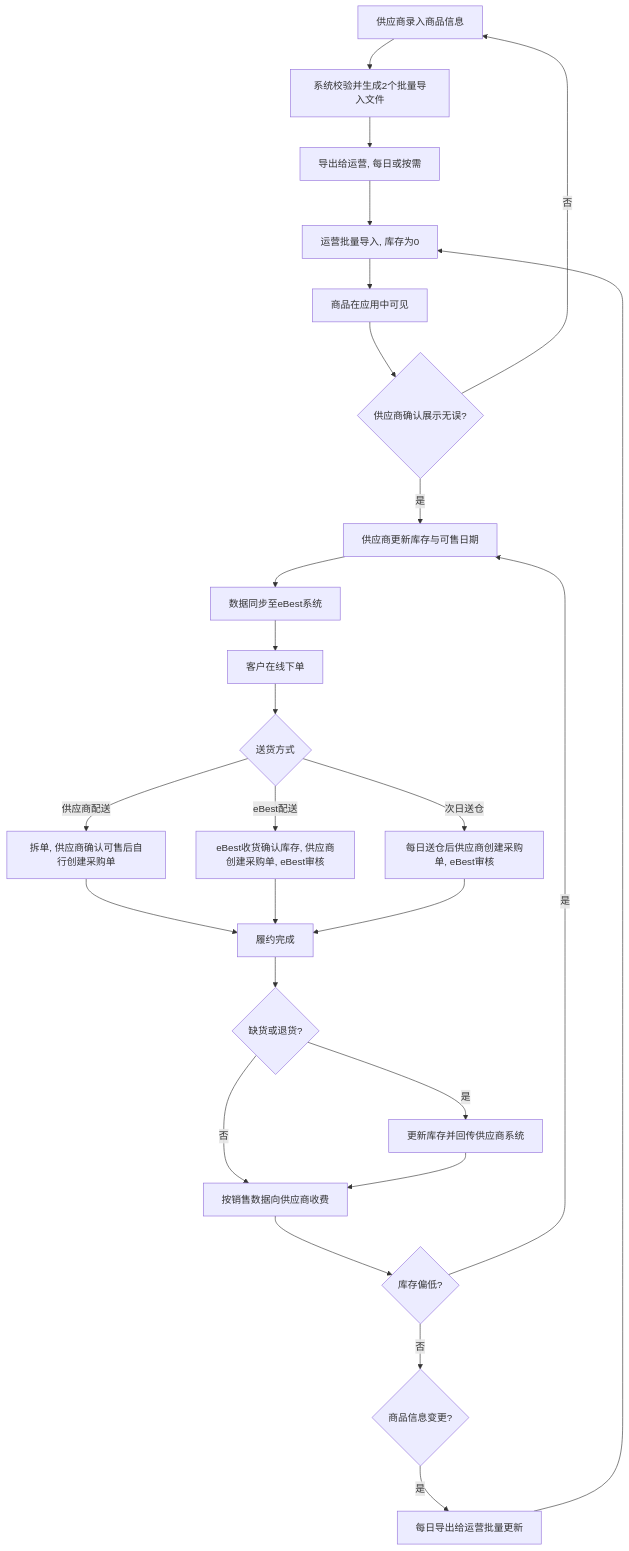
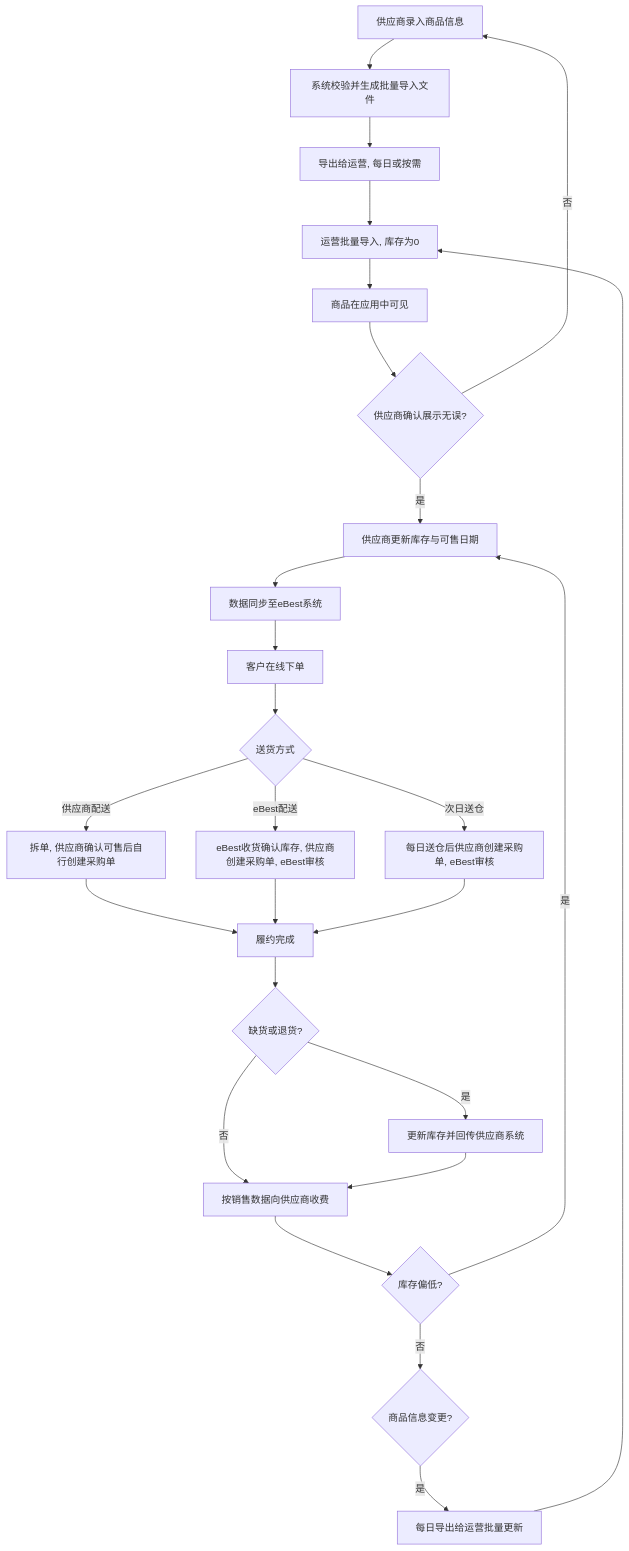
One commit to yongpingfree/ebest changed the first of 9 diagrams in onboardingSystem.md. Above: the diagram before and after it, drawn with Mermaid. The commit also changed other lines of this file and 182 other files, not shown here.

````diff
--- a/onboardingSystem.md
+++ b/onboardingSystem.md
@@ -67,27 +72,27 @@
 ```mermaid
 flowchart TD
-    A[供应商录入商品信息] --> B[系统校验并生成2个批量导入文件]
+    A[供应商录入商品信息] --> B[系统校验并生成批量导入文件]
     B --> C[导出给运营, 每日或按需]
     C --> D[运营批量导入, 库存为0]
     D --> E[商品在应用中可见]
     E --> F{供应商确认展示无误?}
     F -- 否 --> A
     F -- 是 --> G[供应商更新库存与可售日期]
     G --> H[数据同步至eBest系统]
     H --> I[客户在线下单]
     I --> J{送货方式}
     J -- 供应商配送 --> K1[拆单, 供应商确认可售后自行创建采购单]
     J -- eBest配送 --> K2[eBest收货确认库存, 供应商创建采购单, eBest审核]
     J -- 次日送仓 --> K3[每日送仓后供应商创建采购单, eBest审核]
     K1 --> L[履约完成]
     K2 --> L
     K3 --> L
     L --> M{缺货或退货?}
     M -- 是 --> N[更新库存并回传供应商系统]
     M -- 否 --> O
     N --> O[按销售数据向供应商收费]
     O --> P{库存偏低?}
     P -- 是 --> G
     P -- 否 --> Q{商品信息变更?}
     Q -- 是 --> R[每日导出给运营批量更新] --> D
 ```
````
